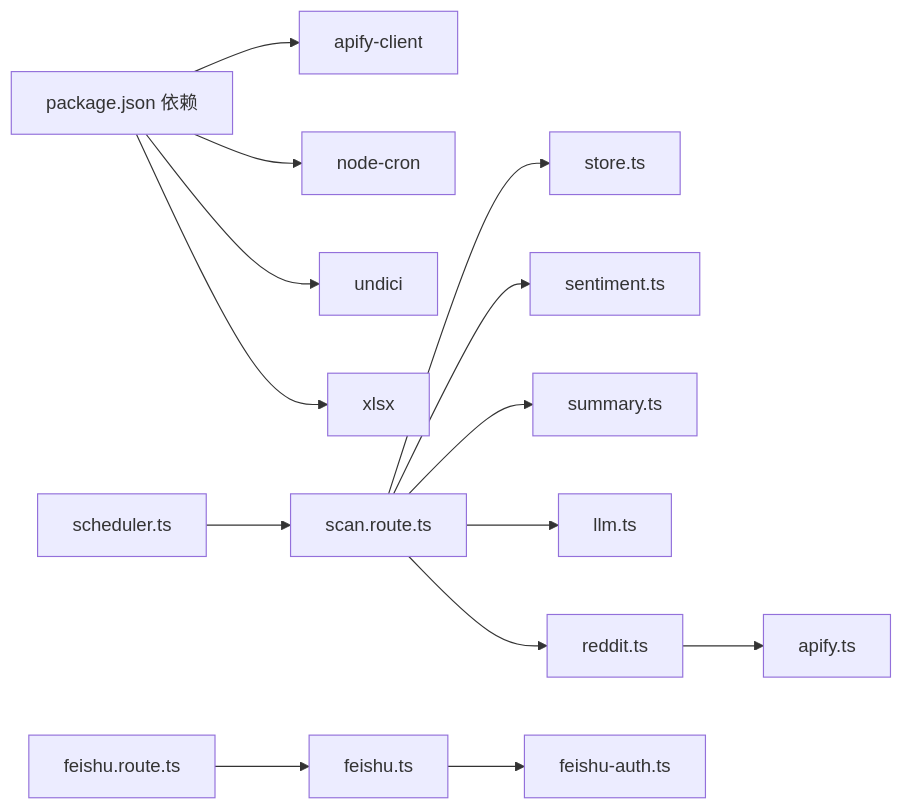
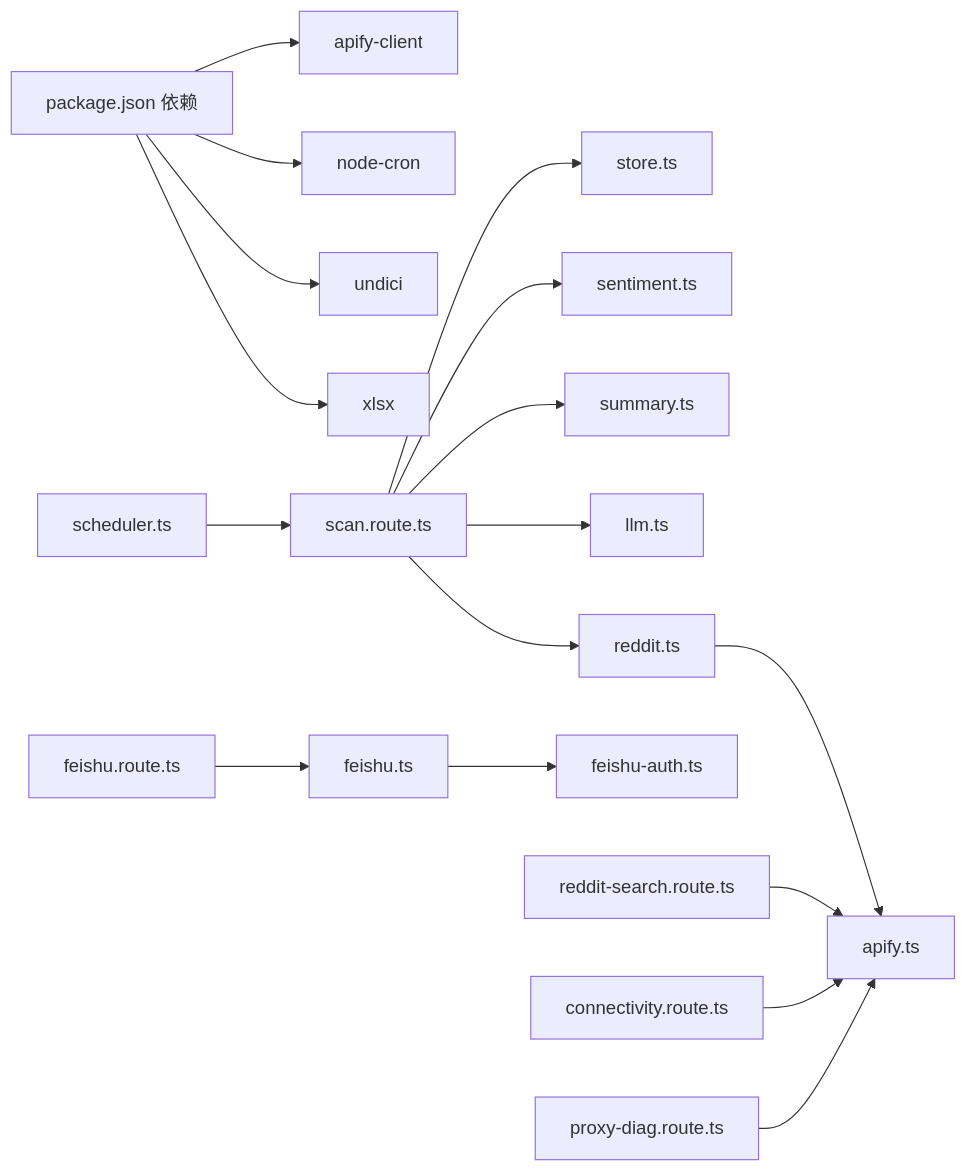
One commit to zezzezzez/reddit changed the seventh of 7 diagrams in .qoder/repowiki/zh/content/系统架构/集成模式.md. Above: the diagram before and after it, drawn with Mermaid. The commit also changed other lines of this file and 21 other files, not shown here.

````diff
--- a/.qoder/repowiki/zh/content/系统架构/集成模式.md
+++ b/.qoder/repowiki/zh/content/系统架构/集成模式.md
@@ -321,16 +435,19 @@
 ```mermaid
 graph LR
 Pkg["package.json 依赖"] --> Apify["apify-client"]
 Pkg --> Cron["node-cron"]
 Pkg --> Undici["undici"]
 Pkg --> XLSX["xlsx"]
 ScanRoute["scan.route.ts"] --> Store["store.ts"]
 ScanRoute --> Sentiment["sentiment.ts"]
 ScanRoute --> Summary["summary.ts"]
 ScanRoute --> LLM["llm.ts"]
 ScanRoute --> Reddit["reddit.ts"]
 Reddit --> ApifyLib["apify.ts"]
 FeishuRoute["feishu.route.ts"] --> Feishu["feishu.ts"]
 Feishu --> FeishuAuth["feishu-auth.ts"]
 Scheduler["scheduler.ts"] --> ScanRoute
+SearchRoute["reddit-search.route.ts"] --> ApifyLib
+ConnectivityRoute["connectivity.route.ts"] --> ApifyLib
+ProxyDiagRoute["proxy-diag.route.ts"] --> ApifyLib
 ```
````
